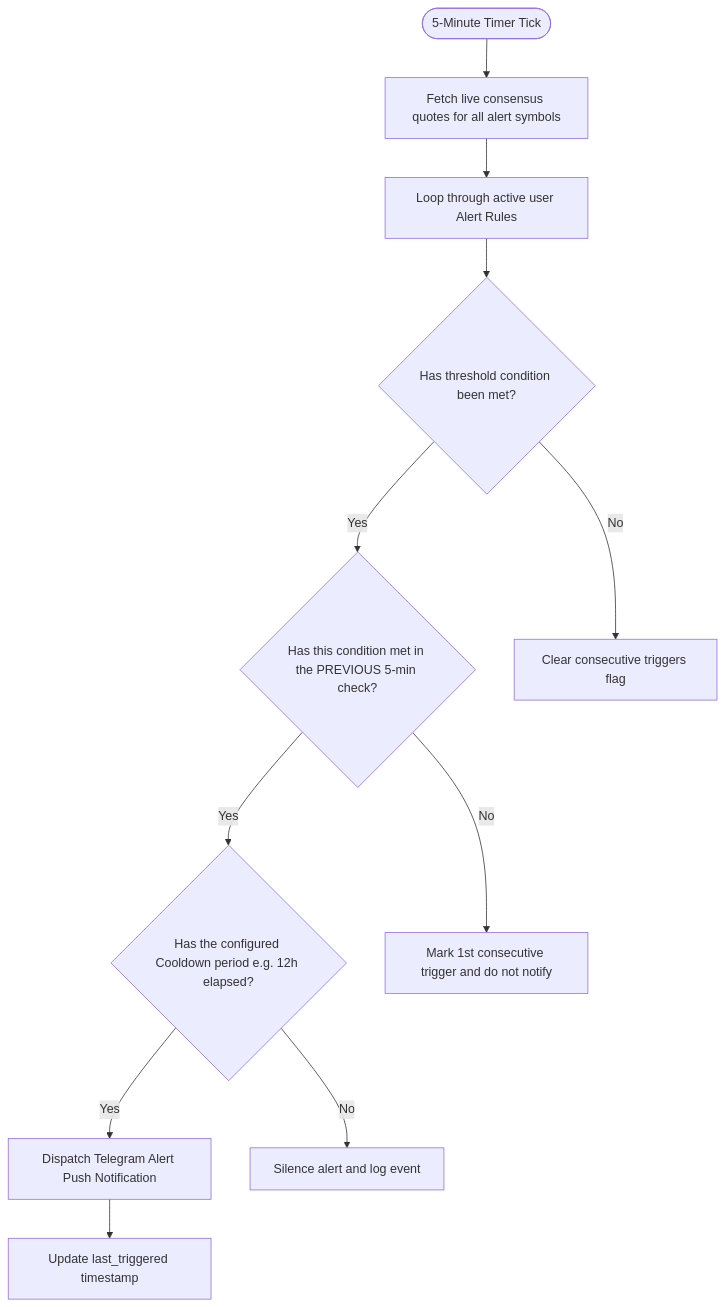
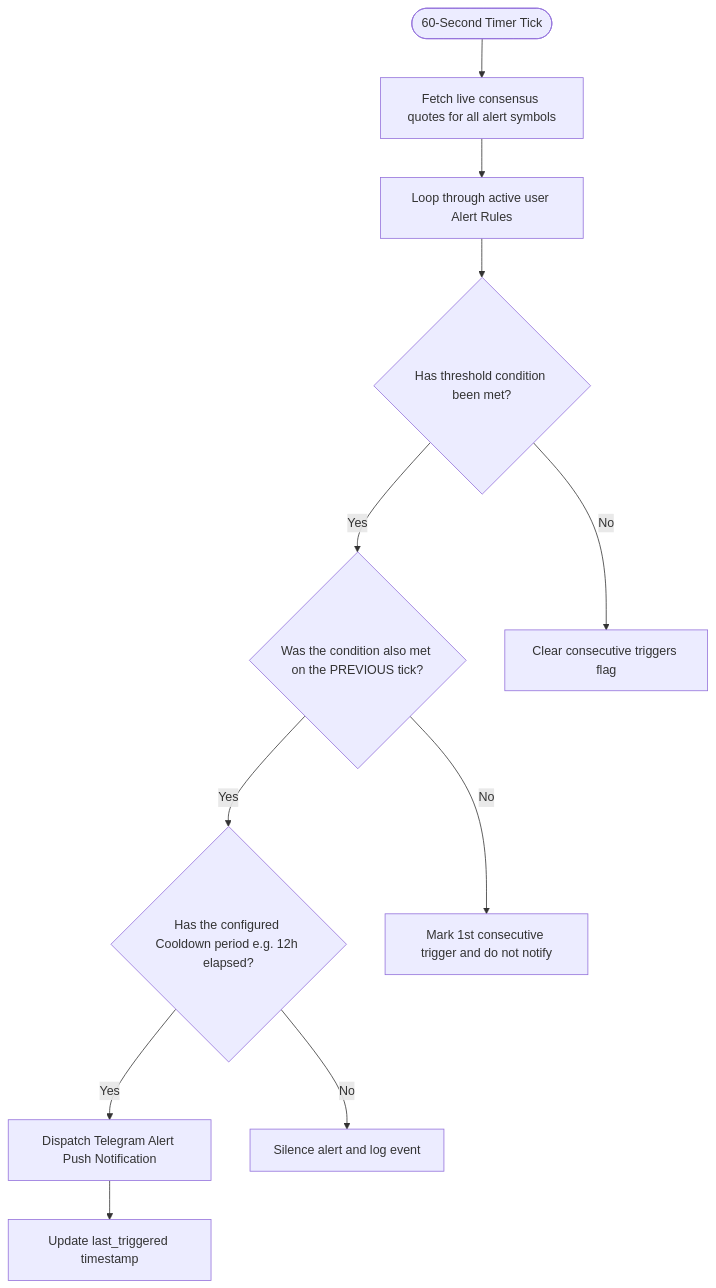
Before and after one commit to Envel-Nikita-Gutsenkov/CryptographBot: the fifth of 5 diagrams in docs/system_guide.md, drawn with Mermaid. The commit also changed other lines of this file and 11 other files, not shown here.

````diff
--- a/docs/system_guide.md
+++ b/docs/system_guide.md
@@ -205,13 +206,13 @@
 ```mermaid
 flowchart TD
-    Tick([5-Minute Timer Tick]) --> Fetch[Fetch live consensus quotes for all alert symbols]
+    Tick([60-Second Timer Tick]) --> Fetch[Fetch live consensus quotes for all alert symbols]
     Fetch --> Loop[Loop through active user Alert Rules]
     Loop --> Condition{Has threshold condition been met?}
-    Condition -- Yes --> CheckSpam{Has this condition met in the PREVIOUS 5-min check?}
+    Condition -- Yes --> CheckSpam{Was the condition also met on the PREVIOUS tick?}
     Condition -- No --> ClearState[Clear consecutive triggers flag]
     CheckSpam -- Yes --> Cooldown{Has the configured Cooldown period e.g. 12h elapsed?}
     CheckSpam -- No --> SaveState[Mark 1st consecutive trigger and do not notify]
     Cooldown -- Yes --> Dispatch[Dispatch Telegram Alert Push Notification]
     Cooldown -- No --> Silenced[Silence alert and log event]
     Dispatch --> UpdateCooldown[Update last_triggered timestamp]
 ```
````
